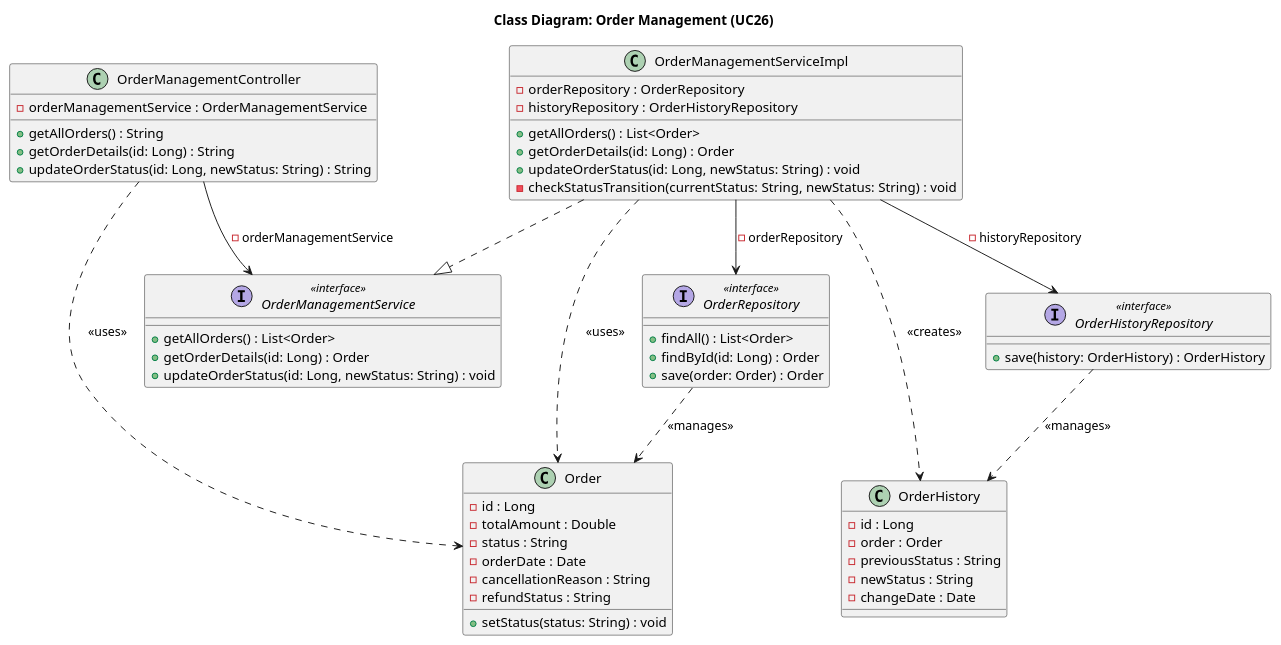
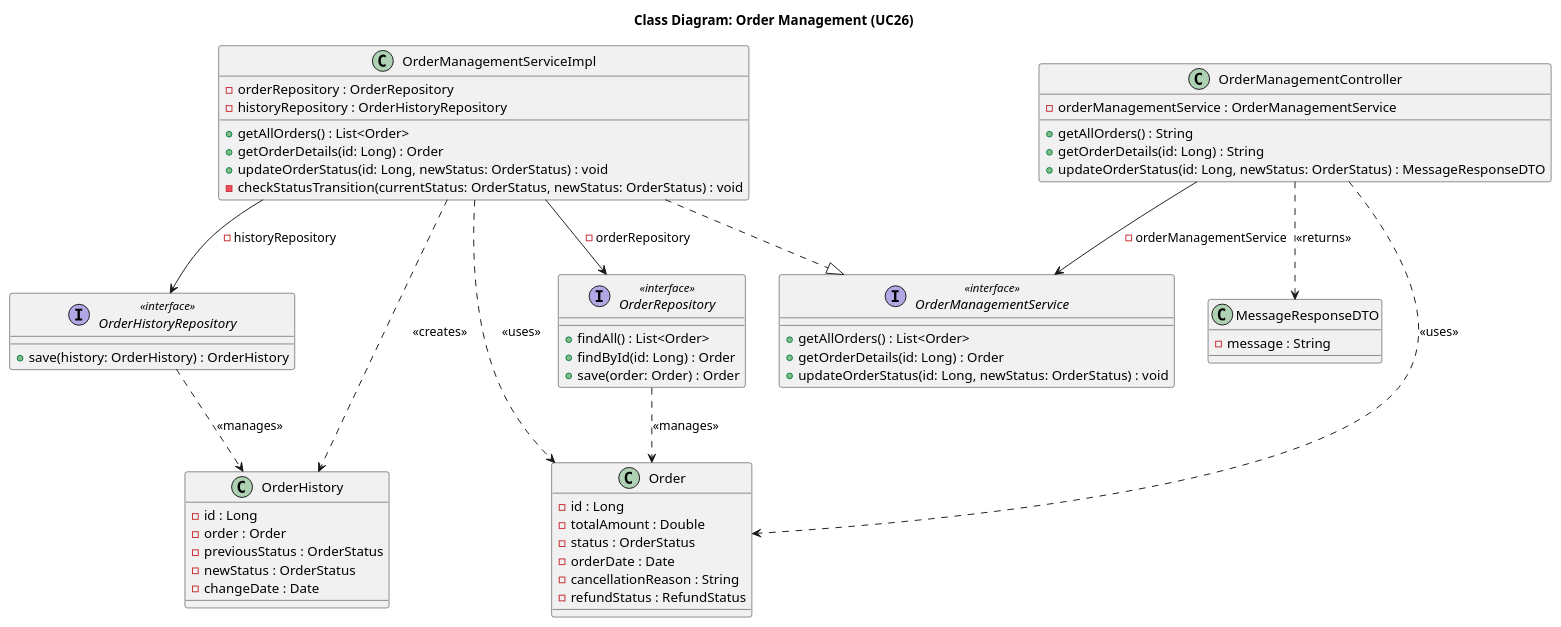
Before and after one commit to Peterdir/fashion-store-system: the diagram in src/main/java/org/example/fashionstoresystem/uml/Class/CD26_OrderManagement.puml, drawn with PlantUML. The commit also changed 63 other files, not shown here.

```diff
--- a/src/main/java/org/example/fashionstoresystem/uml/Class/CD26_OrderManagement.puml
+++ b/src/main/java/org/example/fashionstoresystem/uml/Class/CD26_OrderManagement.puml
@@ -1,76 +1,83 @@
 @startuml
 title Class Diagram: Order Management (UC26)
 
 ' Controller
 class OrderManagementController {
     - orderManagementService : OrderManagementService
     + getAllOrders() : String
     + getOrderDetails(id: Long) : String
-    + updateOrderStatus(id: Long, newStatus: String) : String
+    + updateOrderStatus(id: Long, newStatus: OrderStatus) : MessageResponseDTO
 }
 
 ' Service
 interface OrderManagementService <<interface>> {
     + getAllOrders() : List<Order>
     + getOrderDetails(id: Long) : Order
-    + updateOrderStatus(id: Long, newStatus: String) : void
+    + updateOrderStatus(id: Long, newStatus: OrderStatus) : void
 }
 
 class OrderManagementServiceImpl {
     - orderRepository : OrderRepository
     - historyRepository : OrderHistoryRepository
     + getAllOrders() : List<Order>
     + getOrderDetails(id: Long) : Order
-    + updateOrderStatus(id: Long, newStatus: String) : void
-    - checkStatusTransition(currentStatus: String, newStatus: String) : void
+    + updateOrderStatus(id: Long, newStatus: OrderStatus) : void
+    - checkStatusTransition(currentStatus: OrderStatus, newStatus: OrderStatus) : void
 }
 
 ' Repository
 interface OrderRepository <<interface>> {
     + findAll() : List<Order>
     + findById(id: Long) : Order
     + save(order: Order) : Order
 }
 
 interface OrderHistoryRepository <<interface>> {
     + save(history: OrderHistory) : OrderHistory
 }
 
-' Entity & DTO
+' DTO
+
+class MessageResponseDTO {
+    - message : String
+}
+
+' Entity
+
 class Order {
     - id : Long
     - totalAmount : Double
-    - status : String
+    - status : OrderStatus
     - orderDate : Date
     - cancellationReason : String
-    - refundStatus : String
-    + setStatus(status: String) : void
+    - refundStatus : RefundStatus
 }
 
 class OrderHistory {
     - id : Long
     - order : Order
-    - previousStatus : String
-    - newStatus : String
+    - previousStatus : OrderStatus
+    - newStatus : OrderStatus
     - changeDate : Date
 }
 
 ' Relationships
 
 ' Implementation
 OrderManagementServiceImpl ..|> OrderManagementService
 
 ' Dependency Injection
 OrderManagementController --> OrderManagementService : - orderManagementService
 OrderManagementServiceImpl --> OrderRepository : - orderRepository
 OrderManagementServiceImpl --> OrderHistoryRepository : - historyRepository
 
 ' Object Usage
 OrderManagementController ..> Order : <<uses>>
+OrderManagementController ..> MessageResponseDTO : <<returns>>
 OrderManagementServiceImpl ..> Order : <<uses>>
 OrderRepository ..> Order : <<manages>>
 
 OrderManagementServiceImpl ..> OrderHistory : <<creates>>
 OrderHistoryRepository ..> OrderHistory : <<manages>>
 
 @enduml
```
